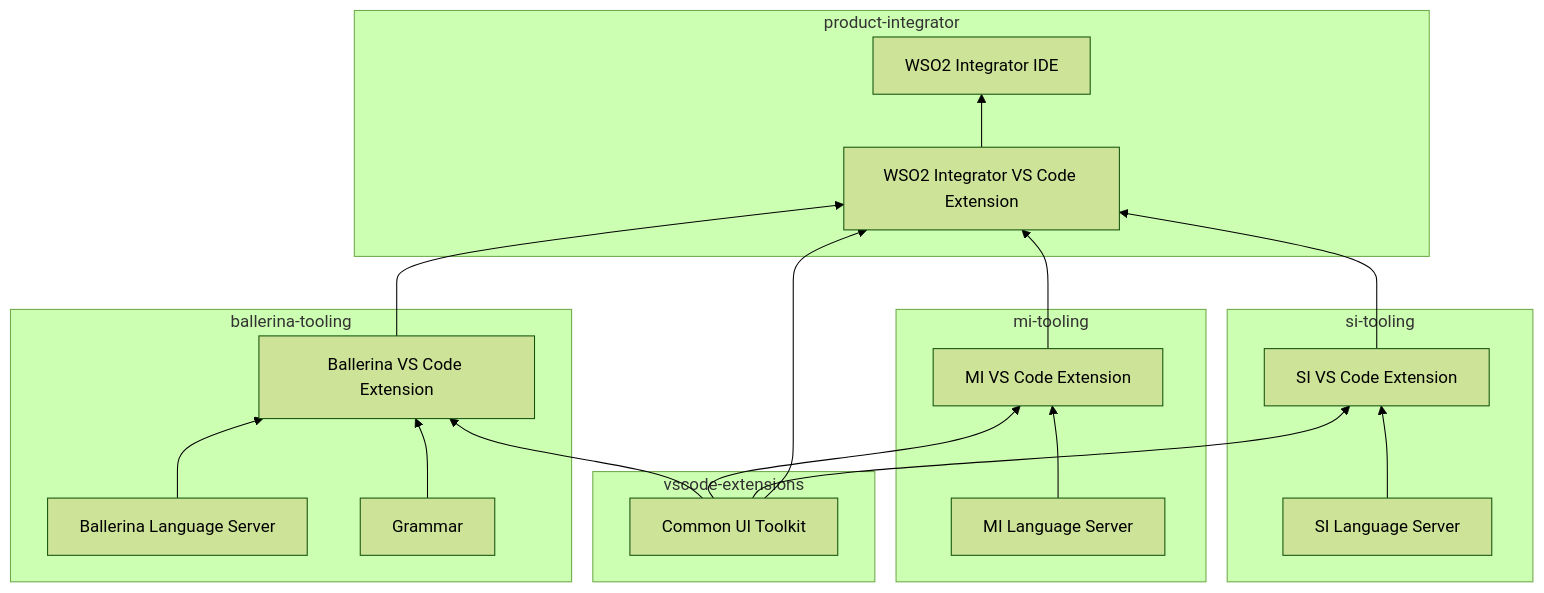
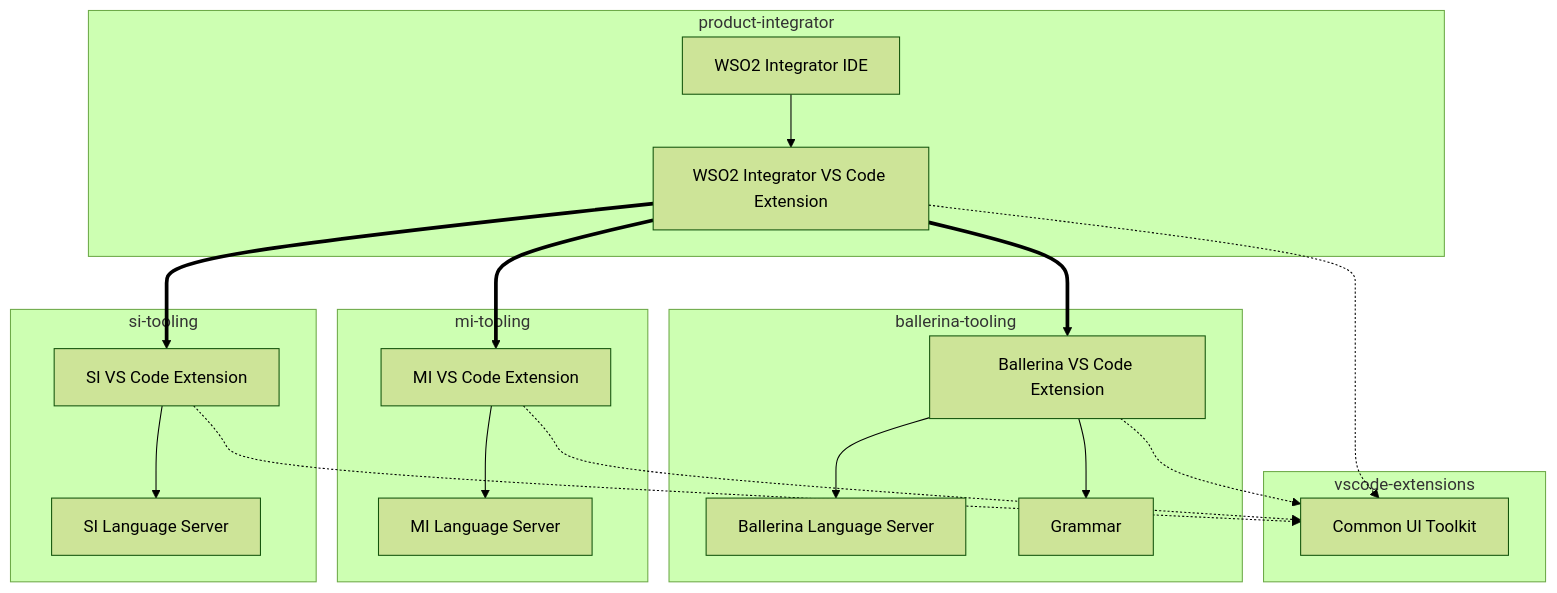
Before and after one commit to NipunaRanasinghe/wso2i-process-guides: the diagram in docs/01-component-architecture.md, drawn with Mermaid (forest theme). The commit also changed other lines of this file, not shown here.

Commit message:
Refine component architecture documentation: update repository overview and clarify component descriptions

````diff
--- a/docs/01-component-architecture.md
+++ b/docs/01-component-architecture.md
@@ -29,41 +46,41 @@
 ```mermaid
-graph BT
+graph TB
     subgraph VSC["vscode-extensions"]
         UIT["Common UI Toolkit"]
     end
 
     subgraph BALL["ballerina-tooling"]
         BT_LS["Ballerina Language Server"]
         BT_GR["Grammar"]
         BT_EX["Ballerina VS Code Extension"]
-        BT_LS --> BT_EX
-        BT_GR --> BT_EX
+        BT_EX --> BT_LS
+        BT_EX --> BT_GR
     end
 
     subgraph MI["mi-tooling"]
         MI_LS["MI Language Server"]
         MI_EX["MI VS Code Extension"]
-        MI_LS --> MI_EX
+        MI_EX --> MI_LS
     end
 
     subgraph SI["si-tooling"]
         SI_LS["SI Language Server"]
         SI_EX["SI VS Code Extension"]
-        SI_LS --> SI_EX
+        SI_EX --> SI_LS
     end
 
     subgraph PROD["product-integrator"]
         PI_EX["WSO2 Integrator VS Code Extension"]
         PI_IDE["WSO2 Integrator IDE"]
-        PI_EX --> PI_IDE
+        PI_IDE --> PI_EX
     end
 
-    UIT --> BT_EX
-    UIT --> MI_EX
-    UIT --> SI_EX
-    UIT --> PI_EX
+    BT_EX -.-> UIT
+    MI_EX -.-> UIT
+    SI_EX -.-> UIT
+    PI_EX -.-> UIT
 
-    BT_EX --> PI_EX
-    MI_EX --> PI_EX
-    SI_EX --> PI_EX
+    PI_EX ==> BT_EX
+    PI_EX ==> MI_EX
+    PI_EX ==> SI_EX
 ```
````
